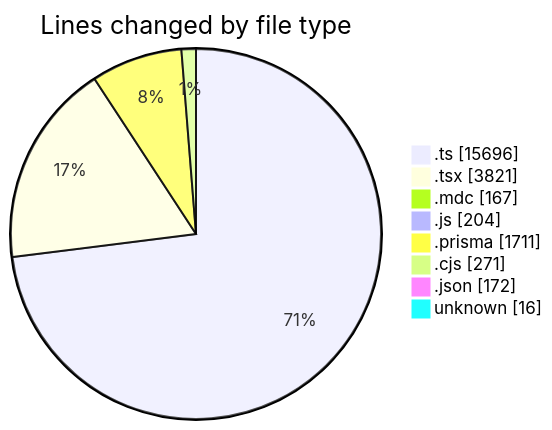
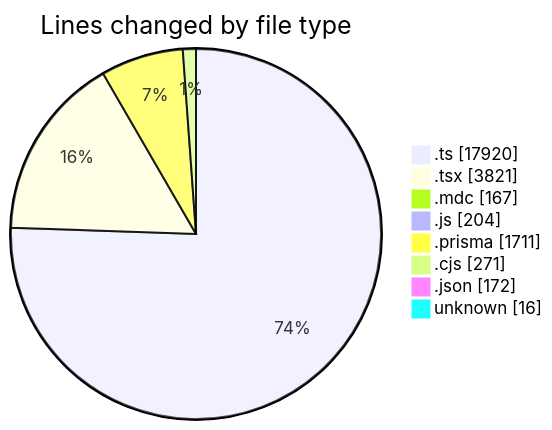
One commit to CELIANVF/code-tracking changed the first of 2 diagrams in 2025-06-06/ecodeli-1/README.md. Above: the diagram before and after it, drawn with Mermaid. The commit also changed other lines of this file and 1 other file, not shown here.

````diff
--- a/2025-06-06/ecodeli-1/README.md
+++ b/2025-06-06/ecodeli-1/README.md
@@ -87,12 +89,12 @@
 ```mermaid
 pie showData
 title Lines changed by file type
-".ts" : 15696
+".ts" : 17920
 ".tsx" : 3821
 ".mdc" : 167
 ".js" : 204
 ".prisma" : 1711
 ".cjs" : 271
 ".json" : 172
 "unknown" : 16
 ```
````
